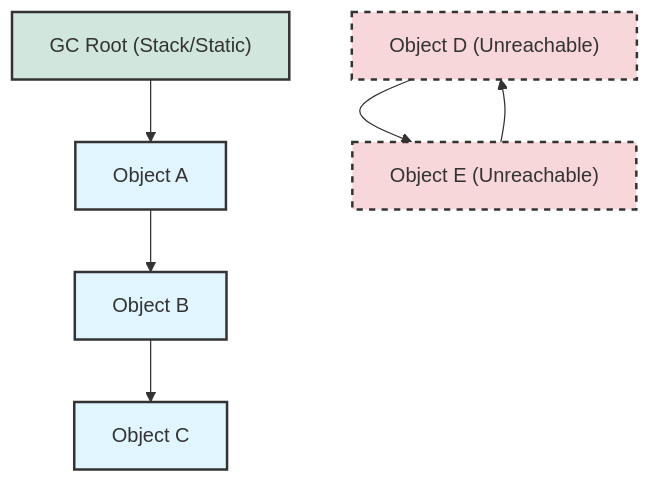
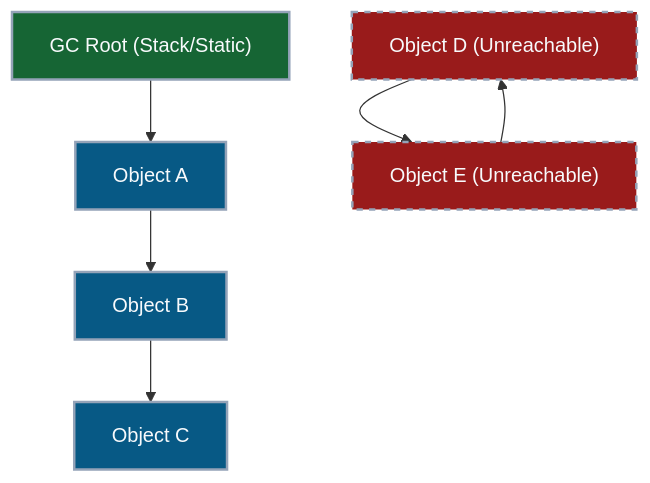
The first of 2 diagrams in _posts/java/08-gc/2026-01-18-도달-가능성-분석.md (Kang-Hyesung/kang-hyesung.github.io), drawn with Mermaid before and after one commit. The commit also changed other lines of this file and 74 other files, not shown here.

Commit message:
docs: update post visibility and mermaid colors

````diff
--- a/_posts/java/08-gc/2026-01-18-도달-가능성-분석.md
+++ b/_posts/java/08-gc/2026-01-18-도달-가능성-분석.md
@@ -20,18 +20,18 @@
 ```mermaid
 graph TD
     Root["GC Root (Stack/Static)"] --> A["Object A"]
     A --> B["Object B"]
     B --> C["Object C"]
 
     D["Object D (Unreachable)"] --> E["Object E (Unreachable)"]
     E --> D
 
     %% 스타일 정의
-    style Root fill:#d1e7dd,stroke:#333,stroke-width:2px
-    style A fill:#e1f5fe,stroke:#333,stroke-width:2px
-    style B fill:#e1f5fe,stroke:#333,stroke-width:2px
-    style C fill:#e1f5fe,stroke:#333,stroke-width:2px
-    style D fill:#f8d7da,stroke:#333,stroke-width:2px,stroke-dasharray: 5 5
-    style E fill:#f8d7da,stroke:#333,stroke-width:2px,stroke-dasharray: 5 5
+    style Root fill:#166534,stroke:#94a3b8,stroke-width:2px,color:#f8fafc
+    style A fill:#075985,stroke:#94a3b8,stroke-width:2px,color:#f8fafc
+    style B fill:#075985,stroke:#94a3b8,stroke-width:2px,color:#f8fafc
+    style C fill:#075985,stroke:#94a3b8,stroke-width:2px,color:#f8fafc
+    style D fill:#991b1b,stroke:#94a3b8,stroke-width:2px,stroke-dasharray: 5 5,color:#f8fafc
+    style E fill:#991b1b,stroke:#94a3b8,stroke-width:2px,stroke-dasharray: 5 5,color:#f8fafc
 
 ```
````
